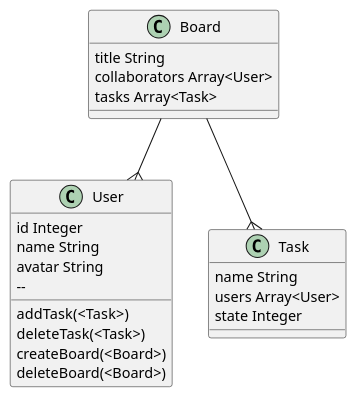
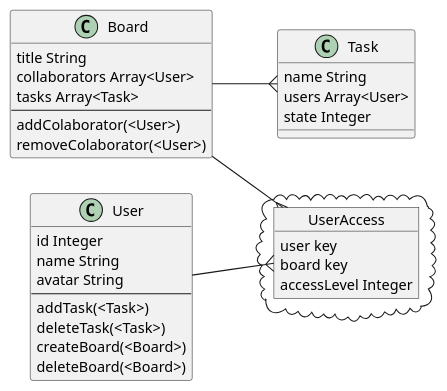
The diagram in Design/Classes.plantuml (dawidchar/Whitehat-Kanban), drawn with PlantUML before and after one commit.

Commit message:
Added User Access to UML 🔓

```diff
--- a/Design/Classes.plantuml
+++ b/Design/Classes.plantuml
@@ -1,25 +1,40 @@
 @startuml
+top to bottom direction
+left to right direction
+class Board {
+    title String
+    collaborators Array<User>
+    tasks Array<Task>
+    --
+    addColaborator(<User>)
+    removeColaborator(<User>)
+}
 class User {
-    id Integer 
+    id Integer
     name String
-    avatar String 
-    -- 
+    avatar String
+    --
     addTask(<Task>)
     deleteTask(<Task>)
     createBoard(<Board>)
     deleteBoard(<Board>)
 }
+cloud {
+    object UserAccess {
+        user key
+        board key
+        accessLevel Integer
+    }
+}
 class Task {
-    name String 
-    users Array<User> 
-    state Integer  
-}
-class Board {
-    title String
-    collaborators Array<User>
-    tasks Array<Task>
+    name String
+    users Array<User>
+    state Integer
 }
 
-Board --{ User
-Board --{ Task 
+Board --{ UserAccess
+User --{ UserAccess
+Board --{ Task
+
+
 @enduml
```
